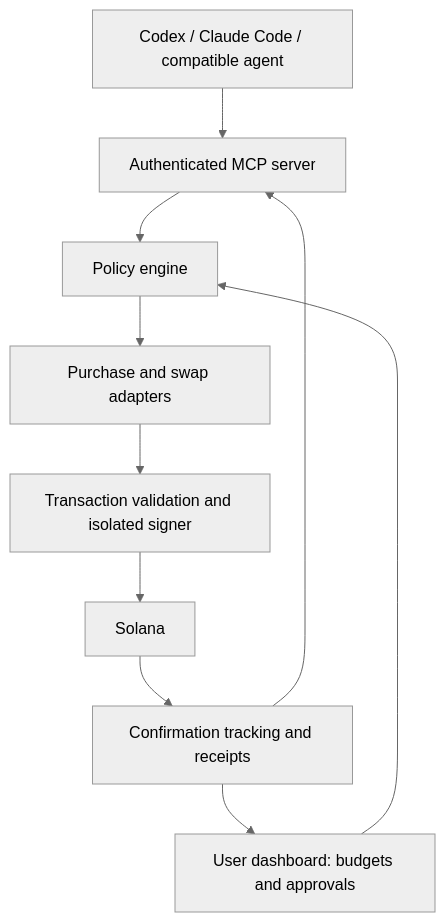
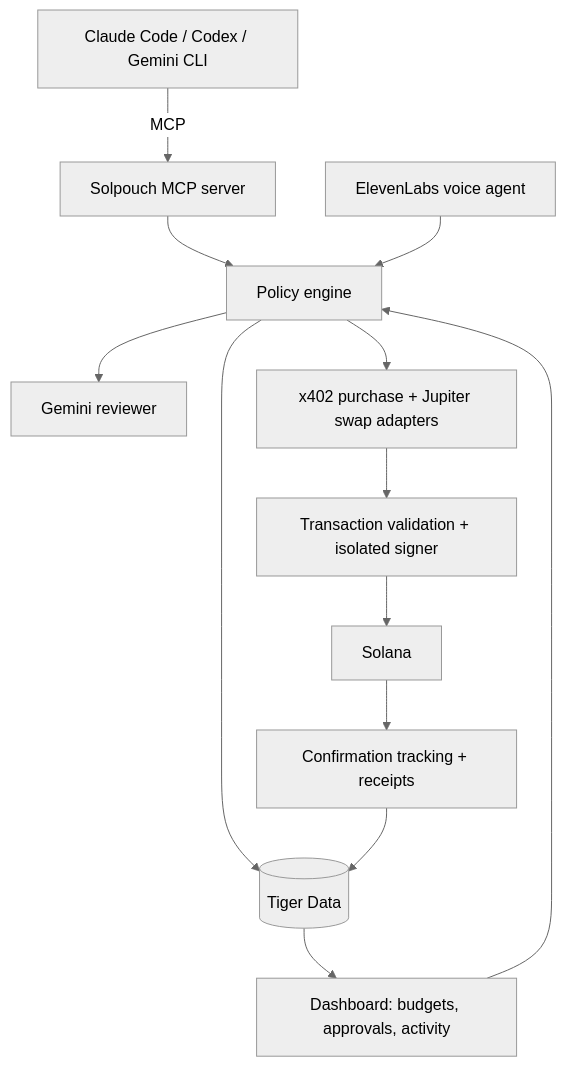
The diagram in README.md (ChrissyAFK/Solpouch), drawn with Mermaid (neutral theme) before and after one commit. The commit also changed other lines of this file, not shown here.

````diff
--- a/README.md
+++ b/README.md
@@ -39,12 +38,15 @@
 ```mermaid
 flowchart TD
-    A[Codex / Claude Code / compatible agent] --> B[Authenticated MCP server]
+    A[Claude Code / Codex / Gemini CLI] -->|MCP| B[Solpouch MCP server]
     B --> C[Policy engine]
-    D[User dashboard: budgets and approvals] --> C
-    C --> E[Purchase and swap adapters]
-    E --> F[Transaction validation and isolated signer]
+    V[ElevenLabs voice agent] --> C
+    D[Dashboard: budgets, approvals, activity] --> C
+    C --> R[Gemini reviewer]
+    C --> T[(Tiger Data)]
+    C --> E[x402 purchase + Jupiter swap adapters]
+    E --> F[Transaction validation + isolated signer]
     F --> G[Solana]
-    G --> H[Confirmation tracking and receipts]
-    H --> D
-    H --> B
+    G --> H[Confirmation tracking + receipts]
+    H --> T
+    T --> D
 ```
````
